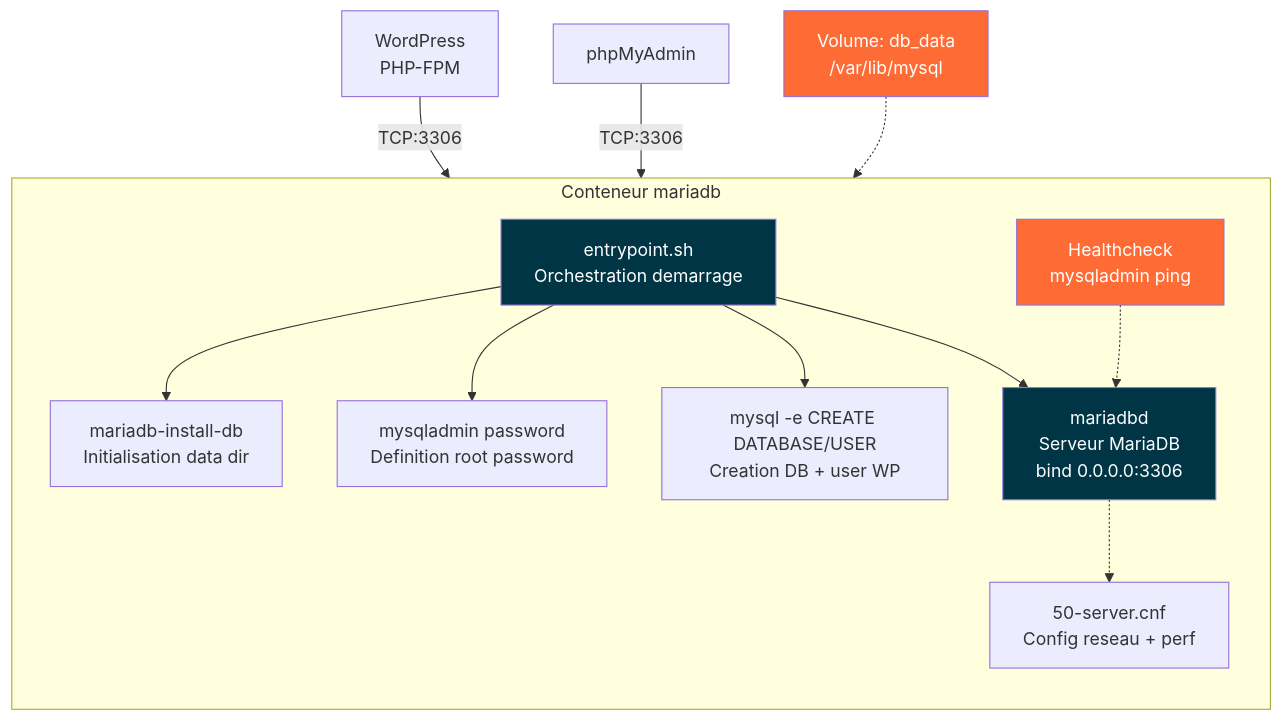
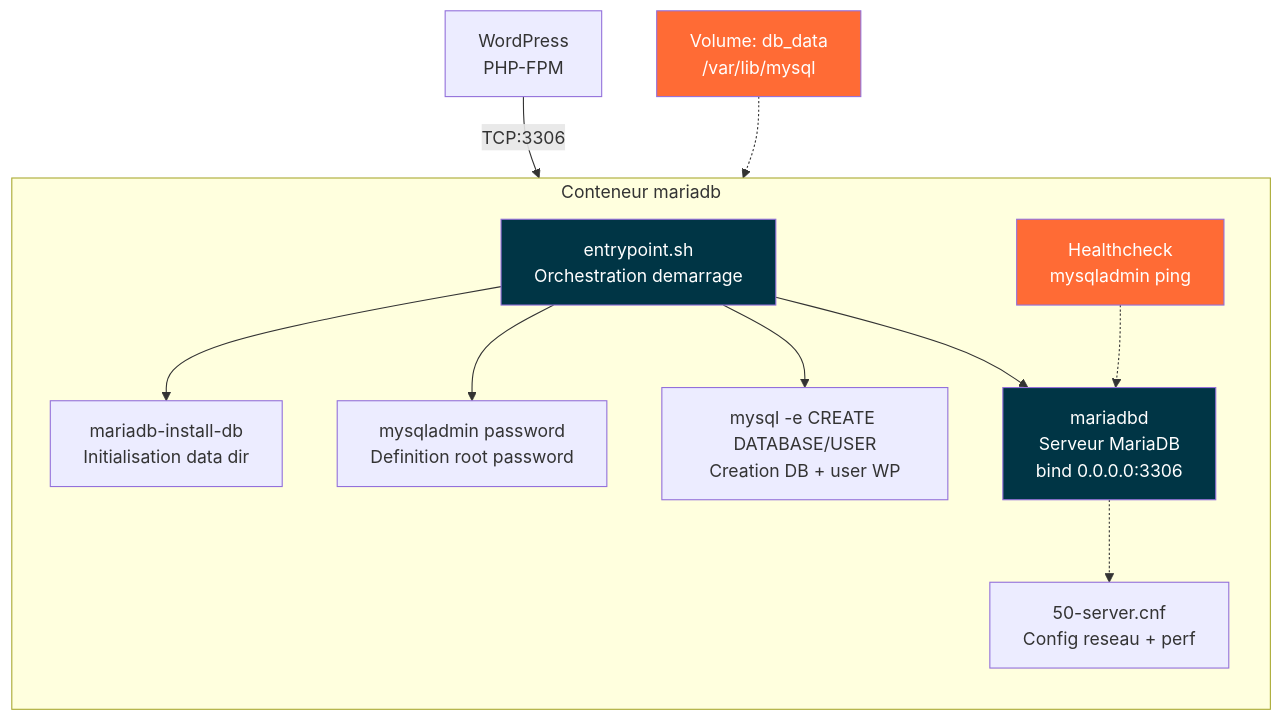
Before and after one commit to natrijau/Cloud-1: the first of 2 diagrams in docker/mariadb/README.md, drawn with Mermaid. The commit also changed 10 other files, not shown here.

````diff
--- a/docker/mariadb/README.md
+++ b/docker/mariadb/README.md
@@ -14,31 +14,30 @@
 ```mermaid
 graph TB
     subgraph Container["Conteneur mariadb"]
         direction TB
         
         Entrypoint["entrypoint.sh\nOrchestration demarrage"]
         InitDB["mariadb-install-db\nInitialisation data dir"]
         SetRoot["mysqladmin password\nDefinition root password"]
         CreateWP["mysql -e CREATE DATABASE/USER\nCreation DB + user WP"]
         Server["mariadbd\nServeur MariaDB\nbind 0.0.0.0:3306"]
         Config["50-server.cnf\nConfig reseau + perf"]
         Health["Healthcheck\nmysqladmin ping"]
     end
     
     Entrypoint --> InitDB
     Entrypoint --> SetRoot
     Entrypoint --> CreateWP
     Entrypoint --> Server
     Server -.-> Config
     Health -.-> Server
     
     WP["WordPress\nPHP-FPM"] -->|TCP:3306| Server
-    PMA["phpMyAdmin"] -->|TCP:3306| Server
     
     Volumes["Volume: db_data\n/var/lib/mysql"] -.-> Server
     
     style Entrypoint fill:#003545,color:#fff
     style Server fill:#003545,color:#fff
     style Health fill:#FF6B35,color:#fff
     style Volumes fill:#FF6B35,color:#fff
 ```
````
